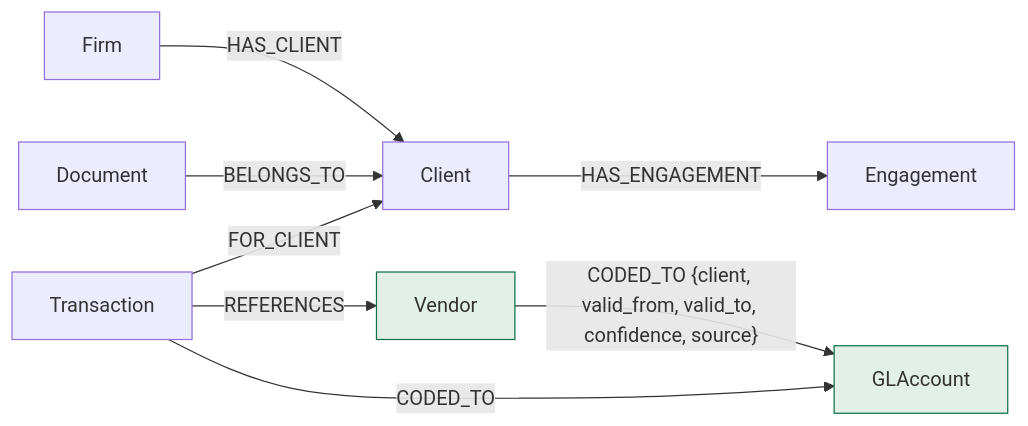
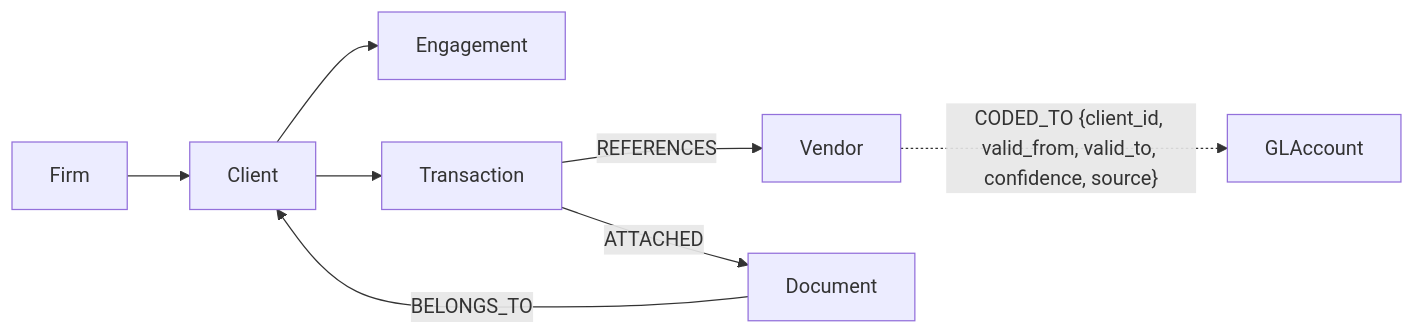
The third of 5 diagrams in README.md (ghostiee-11/trustmax), drawn with Mermaid before and after one commit. The commit also changed other lines of this file and 4 other files, not shown here.

````diff
--- a/README.md
+++ b/README.md
@@ -267,12 +171,10 @@
 ```mermaid
 flowchart LR
-  Firm -->|HAS_CLIENT| Client
-  Client -->|HAS_ENGAGEMENT| Engagement
-  Transaction -->|FOR_CLIENT| Client
+  Firm --> Client
+  Client --> Engagement
+  Client --> Transaction
   Transaction -->|REFERENCES| Vendor
+  Transaction -->|ATTACHED| Document
   Document -->|BELONGS_TO| Client
-  Transaction -->|CODED_TO| GLAccount
-  Vendor -->|"CODED_TO {client, valid_from, valid_to, confidence, source}"| GLAccount
-  style Vendor fill:#E3F0E8,stroke:#12734A
-  style GLAccount fill:#E3F0E8,stroke:#12734A
+  Vendor -. "CODED_TO {client_id, valid_from, valid_to, confidence, source}" .-> GLAccount
 ```
````
